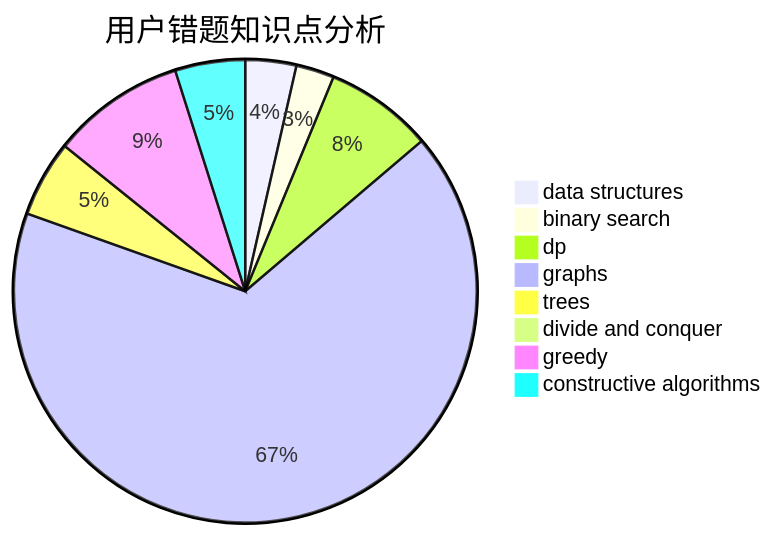
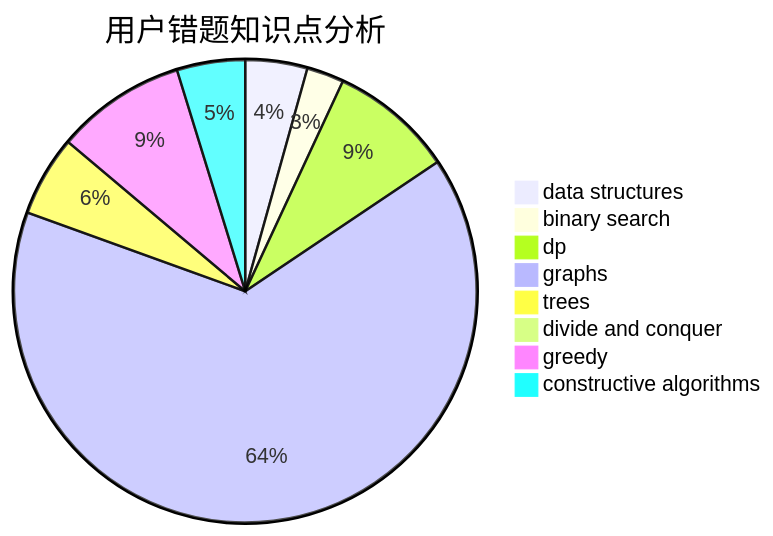
Before and after one commit to sherpahu/cfrs.github.io: the third of 3 diagrams in docs/user/u2383.md, drawn with Mermaid. The commit also changed other lines of this file and 2770 other files, not shown here.

````diff
--- a/docs/user/u2383.md
+++ b/docs/user/u2383.md
@@ -36,11 +36,11 @@
 ```mermaid
 pie title 用户错题知识点分析
-    "data structures" :  8
+    "data structures" :  10
     "binary search" :  6
-    "dp" :  17
+    "dp" :  20
     "graphs" :  150
-    "trees" :  12
-    "divide and conquer" :  0
+    "trees" :  13
+    "divide and conquer" :  2
     "greedy" :  21
     "constructive algorithms" :  11
 ```
````
